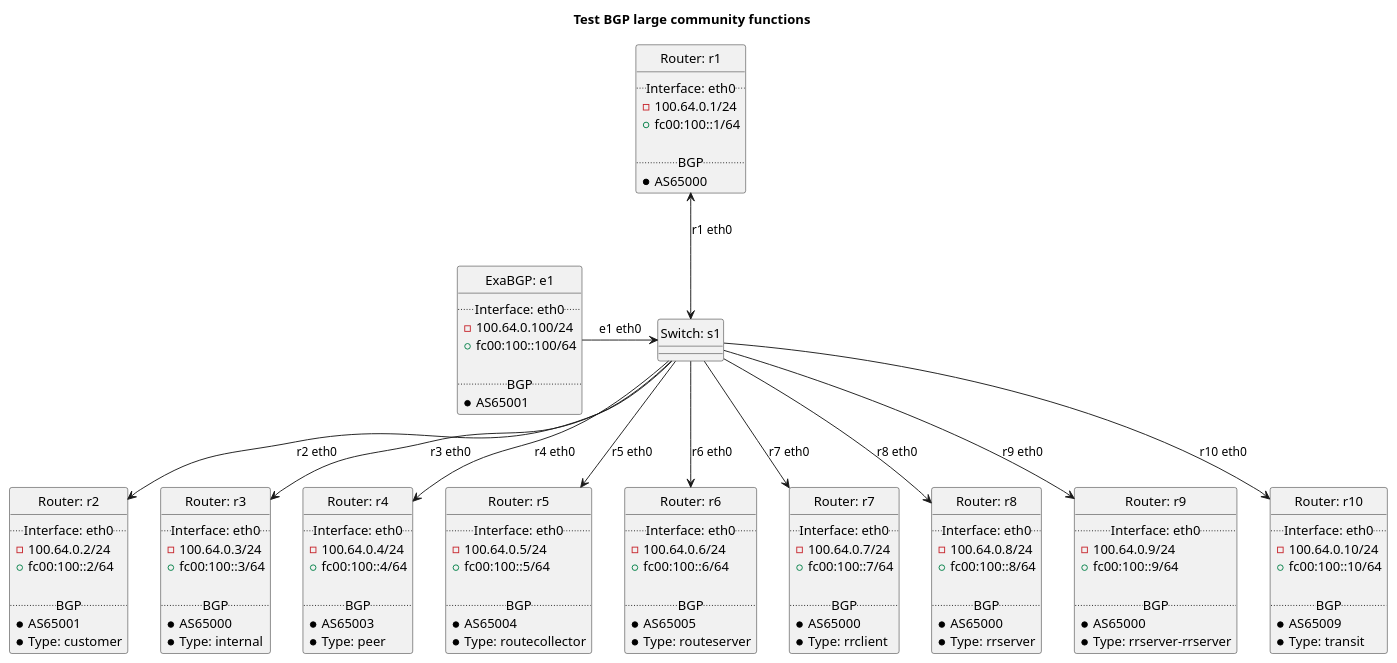
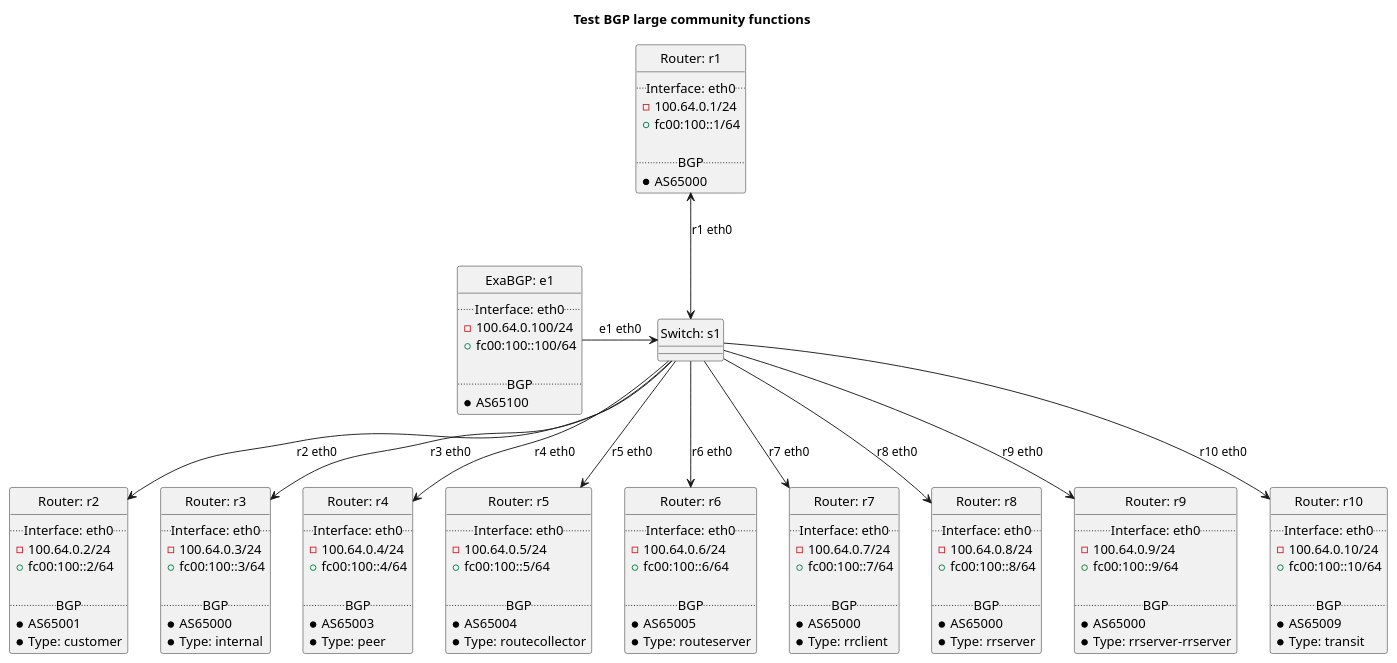
The diagram in tests/t40_bgp/t51_community_functions/README.md (oscdev-io/birdplan), drawn with PlantUML before and after one commit. The commit also changed 333 other files, not shown here.

```diff
--- a/tests/t40_bgp/t51_community_functions/README.md
+++ b/tests/t40_bgp/t51_community_functions/README.md
@@ -134,7 +134,7 @@
 + fc00:100::100/64
 
   .. BGP ..
-* AS65001
+* AS65100
 }
 
 
```
